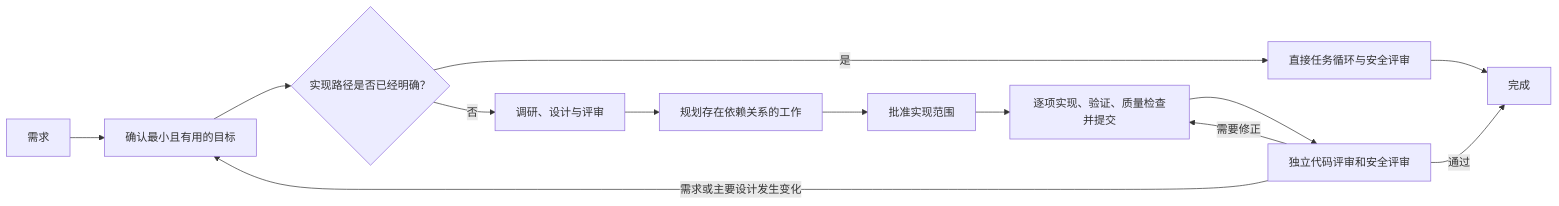
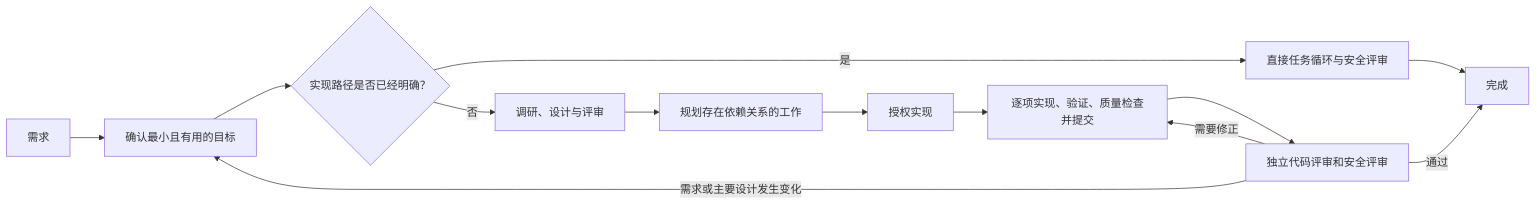
Before and after one commit to shinpr/codex-workflows: the diagram in README.zh-CN.md, drawn with Mermaid. The commit also changed other lines of this file and 4 other files, not shown here.

````diff
--- a/README.zh-CN.md
+++ b/README.zh-CN.md
@@ -82,15 +82,15 @@
 ```mermaid
 flowchart LR
     A[需求] --> B[确认最小且有用的目标]
     B --> C{实现路径是否已经明确？}
     C -->|是| S[直接任务循环与安全评审]
     S --> L[完成]
     C -->|否| D[调研、设计与评审]
     D --> E[规划存在依赖关系的工作]
-    E --> F[批准实现范围]
+    E --> F[授权实现]
     F --> H[逐项实现、验证、质量检查并提交]
     H --> K[独立代码评审和安全评审]
     K -->|需要修正| H
     K -->|需求或主要设计发生变化| B
     K -->|通过| L[完成]
 ```
````
